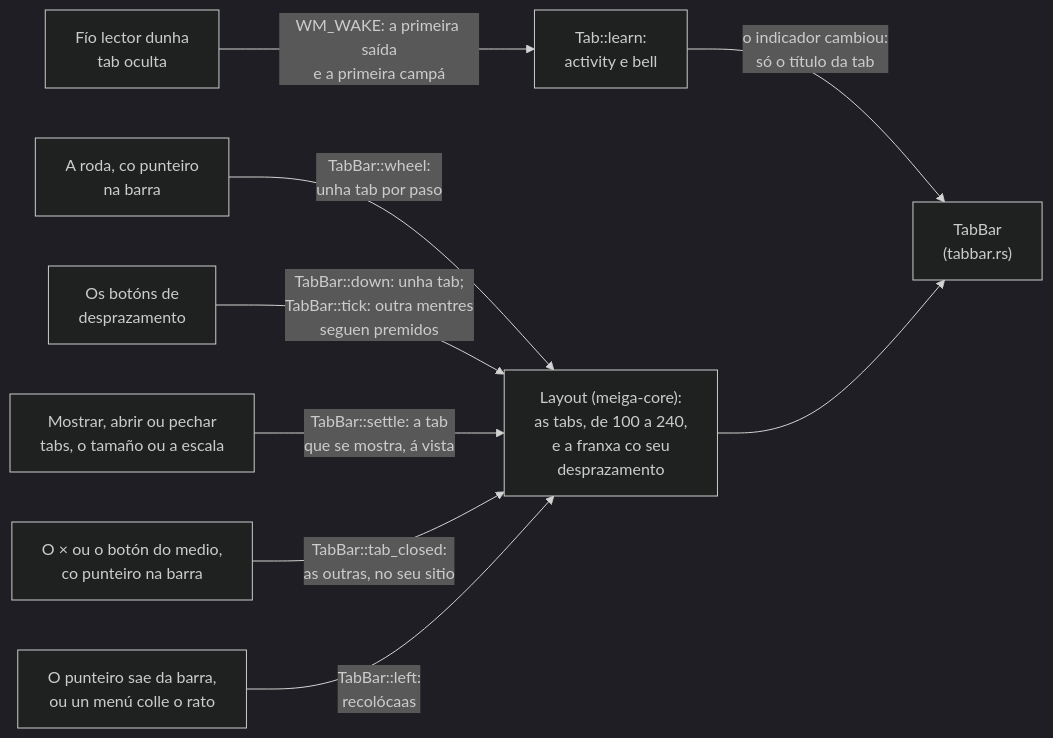
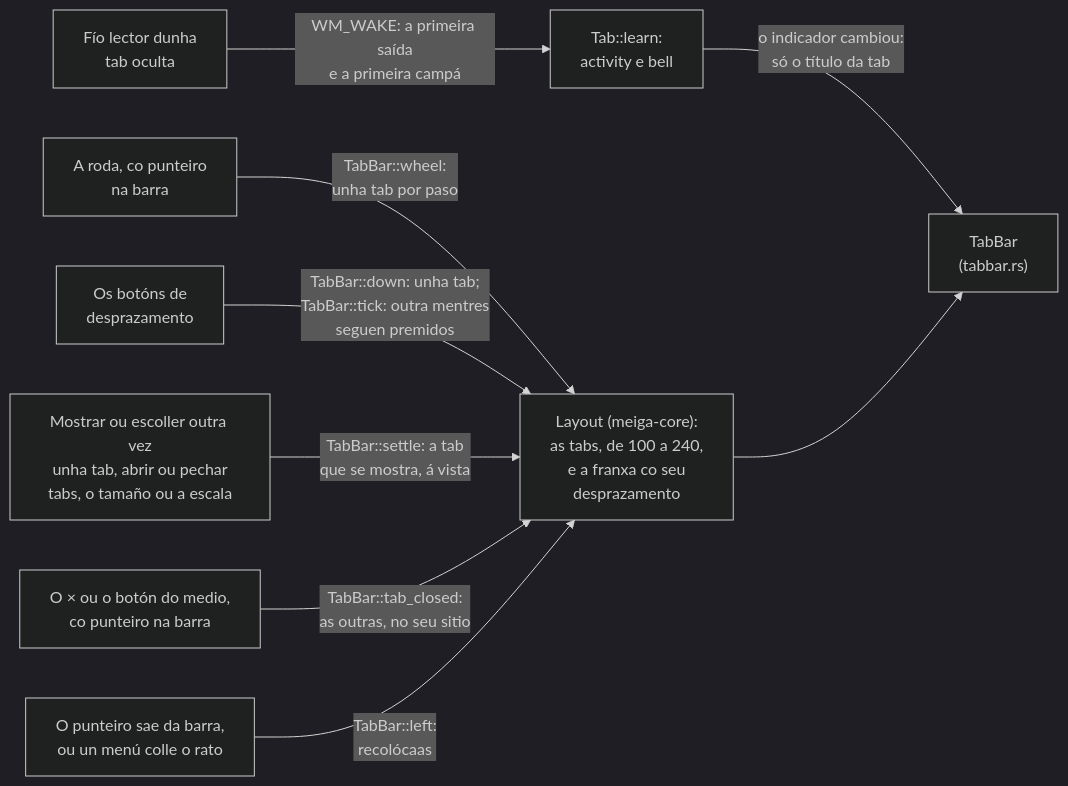
Before and after one commit to NewHouses/meiga: diagram 18 of 21 in docs/arquitectura.md, drawn with Mermaid (dark theme). The commit also changed other lines of this file and 5 other files, not shown here.

````diff
--- a/docs/arquitectura.md
+++ b/docs/arquitectura.md
@@ -495,11 +495,11 @@
 ```mermaid
 flowchart LR
     wheel["A roda, co punteiro<br/>na barra"] -- "TabBar::wheel:<br/>unha tab por paso" --> layout["Layout (meiga-core):<br/>as tabs, de 100 a 240,<br/>e a franxa co seu<br/>desprazamento"]
     buttons["Os botóns de<br/>desprazamento"] -- "TabBar::down: unha tab;<br/>TabBar::tick: outra mentres<br/>seguen premidos" --> layout
-    shown["Mostrar, abrir ou pechar<br/>tabs, o tamaño ou a escala"] -- "TabBar::settle: a tab<br/>que se mostra, á vista" --> layout
+    shown["Mostrar ou escoller outra vez<br/>unha tab, abrir ou pechar<br/>tabs, o tamaño ou a escala"] -- "TabBar::settle: a tab<br/>que se mostra, á vista" --> layout
     close["O × ou o botón do medio,<br/>co punteiro na barra"] -- "TabBar::tab_closed:<br/>as outras, no seu sitio" --> layout
     leave["O punteiro sae da barra,<br/>ou un menú colle o rato"] -- "TabBar::left:<br/>recolócaas" --> layout
     reader["Fío lector dunha<br/>tab oculta"] -- "WM_WAKE: a primeira saída<br/>e a primeira campá" --> learn["Tab::learn:<br/>activity e bell"]
     learn -- "o indicador cambiou:<br/>só o título da tab" --> bar["TabBar<br/>(tabbar.rs)"]
     layout --> bar
 ```
````
